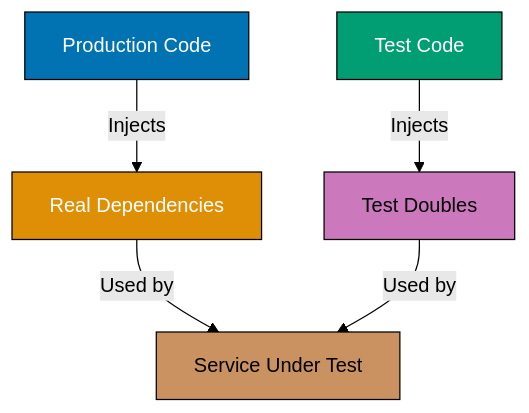
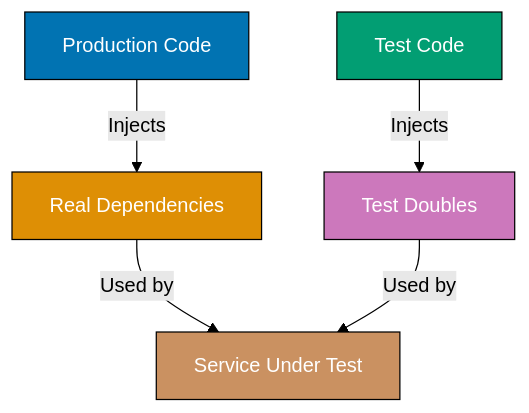
One commit to wahidyankf/open-sharia-enterprise changed the second of 6 diagrams in apps/ayokoding-web/content/en/learn/software-engineering/development/test-driven-development-tdd/by-example/intermediate.md. Above: the diagram before and after it, drawn with Mermaid (forest theme). The commit also changed other lines of this file and 61 other files, not shown here.

First line of the commit message:
fix(ayokoding-web): quote Mermaid node labels with special characters in Example 63

````diff
--- a/apps/ayokoding-web/content/en/learn/software-engineering/development/test-driven-development-tdd/by-example/intermediate.md
+++ b/apps/ayokoding-web/content/en/learn/software-engineering/development/test-driven-development-tdd/by-example/intermediate.md
@@ -403,20 +403,20 @@
 ```mermaid
 %% Color Palette: Blue #0173B2, Orange #DE8F05, Teal #029E73
 graph TD
     A[Production Code]
     B[Real Dependencies]
     C[Test Code]
     D[Test Doubles]
     E[Service Under Test]
 
     A -->|Injects| B
     B -->|Used by| E
     C -->|Injects| D
     D -->|Used by| E
 
     style A fill:#0173B2,stroke:#000,color:#fff
     style B fill:#DE8F05,stroke:#000,color:#fff
     style C fill:#029E73,stroke:#000,color:#fff
-    style D fill:#CC78BC,stroke:#000,color:#000
-    style E fill:#CA9161,stroke:#000,color:#000
+    style D fill:#CC78BC,stroke:#000,color:#fff
+    style E fill:#CA9161,stroke:#000,color:#fff
 ```
````
